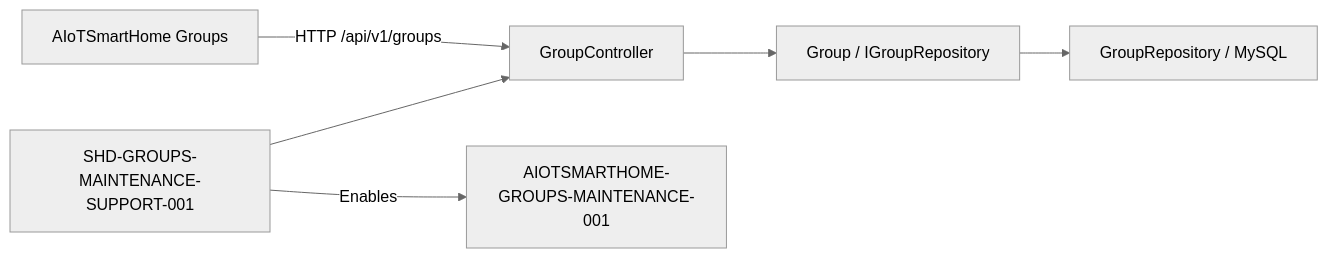
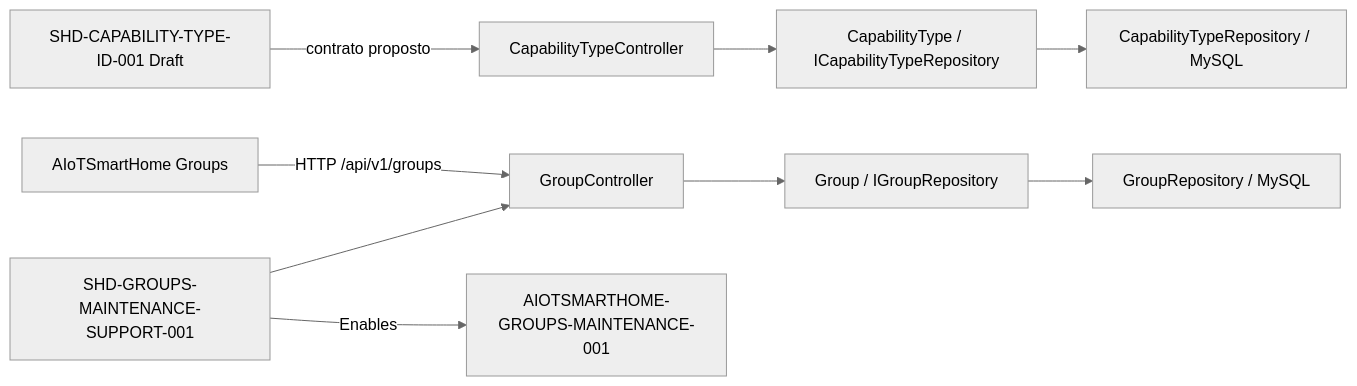
The diagram in docs/rfc/KNOWLEDGE-MAP.md (iotsmartsys/SmartHome-DeviceApi), drawn with Mermaid (neutral theme) before and after one commit. The commit also changed other lines of this file and 4 other files, not shown here.

Commit message:
docs: specify CapabilityType id contract and readiness analysis

````diff
--- a/docs/rfc/KNOWLEDGE-MAP.md
+++ b/docs/rfc/KNOWLEDGE-MAP.md
@@ -64,8 +66,11 @@
 ```mermaid
 flowchart LR
+    CTSPEC[SHD-CAPABILITY-TYPE-ID-001 Draft] -->|contrato proposto| CTAPI[CapabilityTypeController]
+    CTAPI --> CTCORE[CapabilityType / ICapabilityTypeRepository]
+    CTCORE --> CTDB[CapabilityTypeRepository / MySQL]
     APP[AIoTSmartHome Groups] -->|HTTP /api/v1/groups| API[GroupController]
     SPEC[SHD-GROUPS-MAINTENANCE-SUPPORT-001] --> API
     API --> CORE[Group / IGroupRepository]
     CORE --> DB[GroupRepository / MySQL]
     SPEC -->|Enables| APPSPEC[AIOTSMARTHOME-GROUPS-MAINTENANCE-001]
 ```
````
